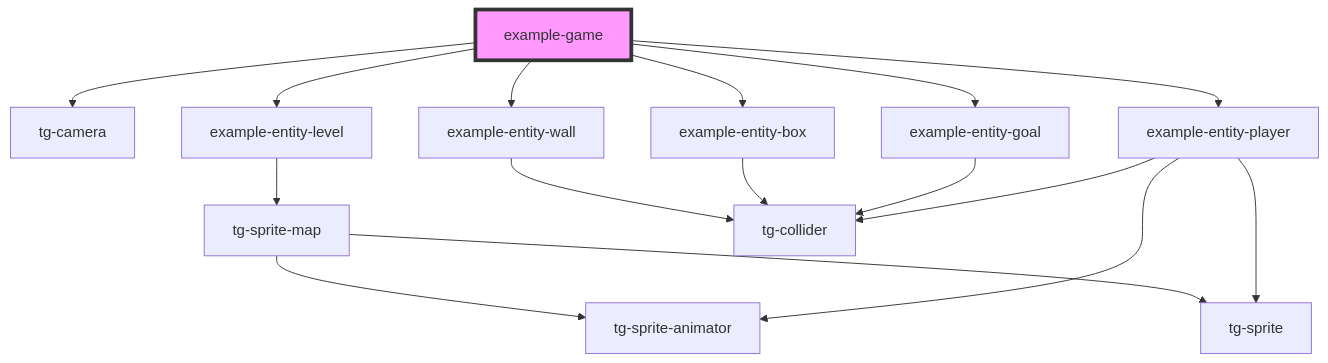
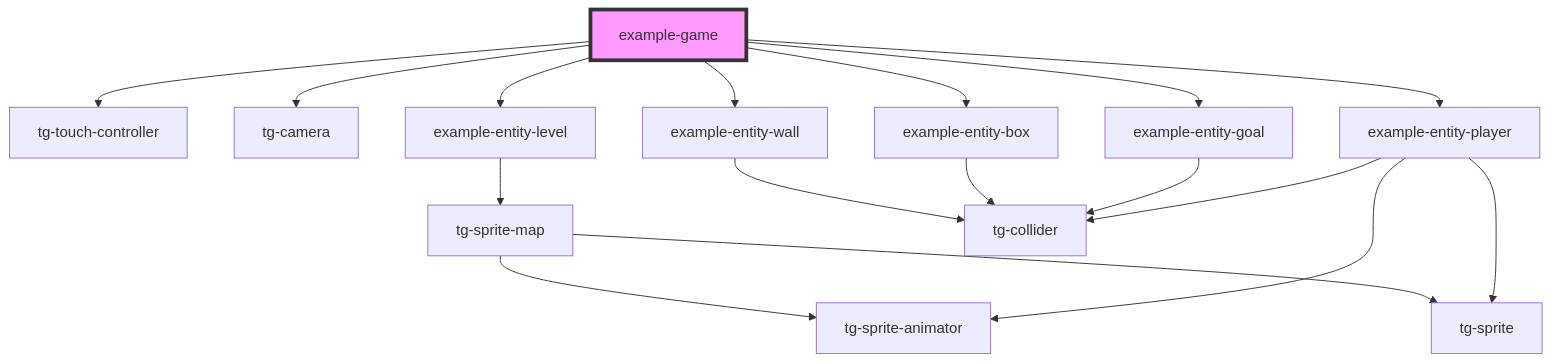
The diagram in src/components/example/example-game/readme.md (Scan0815/tg-engine), drawn with Mermaid before and after one commit. The commit also changed other lines of this file and 7 other files, not shown here.

Commit message:
add touch-controller

````diff
--- a/src/components/example/example-game/readme.md
+++ b/src/components/example/example-game/readme.md
@@ -20,19 +21,20 @@
 ```mermaid
 graph TD;
+  example-game --> tg-touch-controller
   example-game --> tg-camera
   example-game --> example-entity-level
   example-game --> example-entity-wall
   example-game --> example-entity-box
   example-game --> example-entity-goal
   example-game --> example-entity-player
   example-entity-level --> tg-sprite-map
   tg-sprite-map --> tg-sprite-animator
   tg-sprite-map --> tg-sprite
   example-entity-wall --> tg-collider
   example-entity-box --> tg-collider
   example-entity-goal --> tg-collider
   example-entity-player --> tg-collider
   example-entity-player --> tg-sprite-animator
   example-entity-player --> tg-sprite
   style example-game fill:#f9f,stroke:#333,stroke-width:4px
 ```
````
